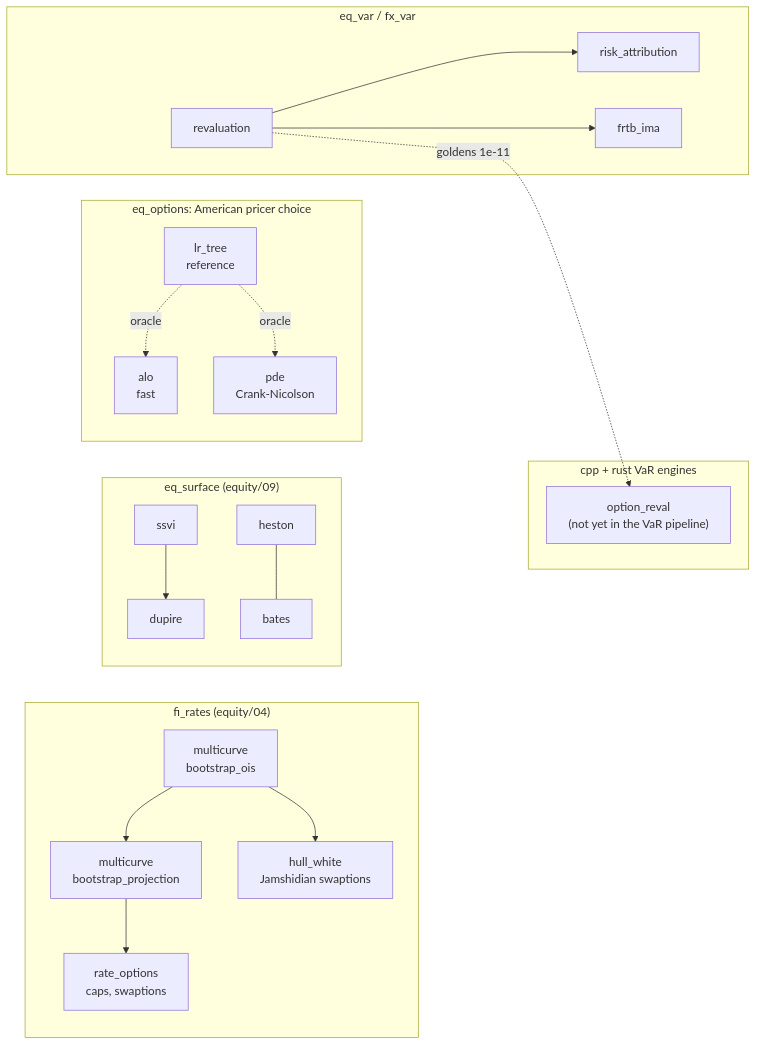
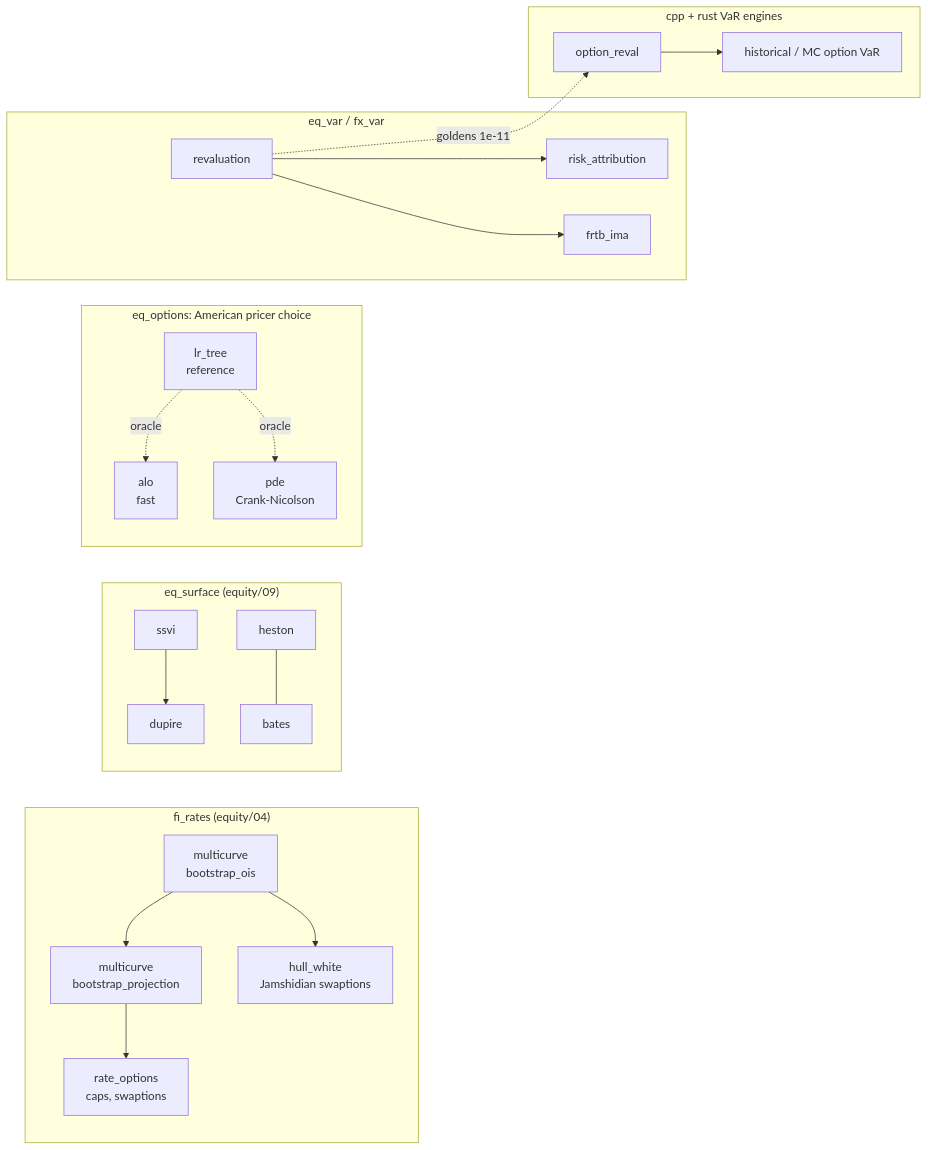
One commit to AshJha0/quant-portfolio changed the ninth of 9 diagrams in docs/DIAGRAMS.md. Above: the diagram before and after it, drawn with Mermaid. The commit also changed other lines of this file and 45 other files, not shown here.

First line of the commit message:
var: wire option_reval into historical and Monte Carlo VaR in all four compiled engines

````diff
--- a/docs/DIAGRAMS.md
+++ b/docs/DIAGRAMS.md
@@ -285,24 +286,24 @@
 ```mermaid
 flowchart LR
     subgraph RATES["fi_rates (equity/04)"]
         OIS["multicurve<br/>bootstrap_ois"] --> PROJ["multicurve<br/>bootstrap_projection"]
         PROJ --> RO["rate_options<br/>caps, swaptions"]
         OIS --> HW["hull_white<br/>Jamshidian swaptions"]
     end
     subgraph SURF["eq_surface (equity/09)"]
         SSVI["ssvi"] --> DUP["dupire"]
         HES["heston"] --- BAT["bates"]
     end
     subgraph AMER["eq_options: American pricer choice"]
         LR["lr_tree<br/>reference"] -.->|oracle| ALO["alo<br/>fast"]
         LR -.->|oracle| PDE["pde<br/>Crank-Nicolson"]
     end
     subgraph RISK["eq_var / fx_var"]
         REV["revaluation"] --> ATT["risk_attribution"]
         REV --> FRTB["frtb_ima"]
     end
     subgraph CMP["cpp + rust VaR engines"]
-        OR["option_reval<br/>(not yet in the VaR pipeline)"]
+        OR["option_reval"] --> OV["historical / MC option VaR"]
     end
     REV -.->|goldens 1e-11| OR
 ```
````
